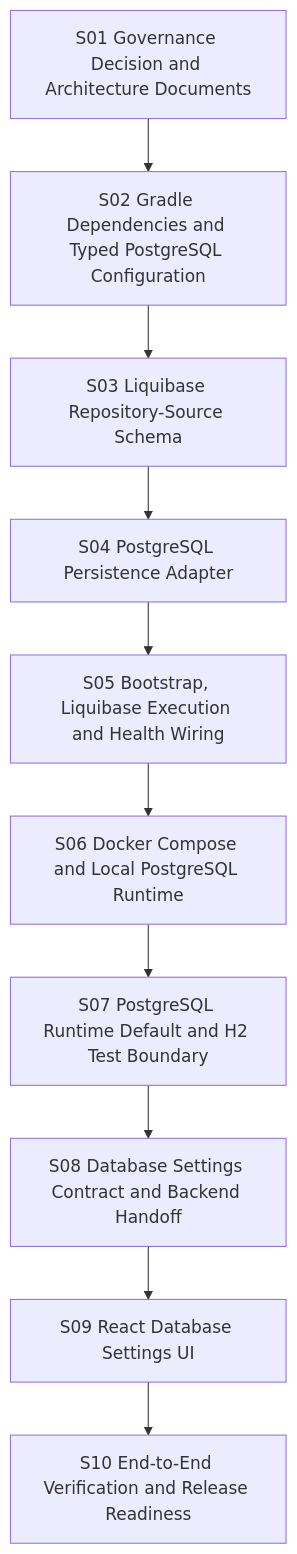
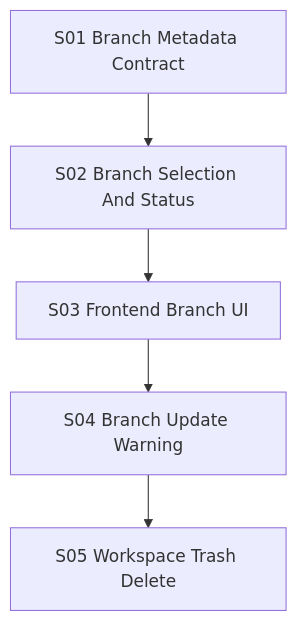
The diagram in docs/workflow/slice-dependency-map.md (MatthiasBurger-Coder/forensic_analytics), drawn with Mermaid before and after one commit. The commit also changed other lines of this file and 10 other files, not shown here.

Commit message:
docs: add workspace branch selection workflow

````diff
--- a/docs/workflow/slice-dependency-map.md
+++ b/docs/workflow/slice-dependency-map.md
@@ -3,23 +3,13 @@
 ```mermaid
 flowchart TD
-    S01["S01 Governance Decision and Architecture Documents"]
-    S02["S02 Gradle Dependencies and Typed PostgreSQL Configuration"]
-    S03["S03 Liquibase Repository-Source Schema"]
-    S04["S04 PostgreSQL Persistence Adapter"]
-    S05["S05 Bootstrap, Liquibase Execution and Health Wiring"]
-    S06["S06 Docker Compose and Local PostgreSQL Runtime"]
-    S07["S07 PostgreSQL Runtime Default and H2 Test Boundary"]
-    S08["S08 Database Settings Contract and Backend Handoff"]
-    S09["S09 React Database Settings UI"]
-    S10["S10 End-to-End Verification and Release Readiness"]
+  S01["S01 Branch Metadata Contract"]
+  S02["S02 Branch Selection And Status"]
+  S03["S03 Frontend Branch UI"]
+  S04["S04 Branch Update Warning"]
+  S05["S05 Workspace Trash Delete"]
 
-    S01 --> S02
-    S02 --> S03
-    S03 --> S04
-    S04 --> S05
-    S05 --> S06
-    S06 --> S07
-    S07 --> S08
-    S08 --> S09
-    S09 --> S10
+  S01 --> S02
+  S02 --> S03
+  S03 --> S04
+  S04 --> S05
 ```
````
